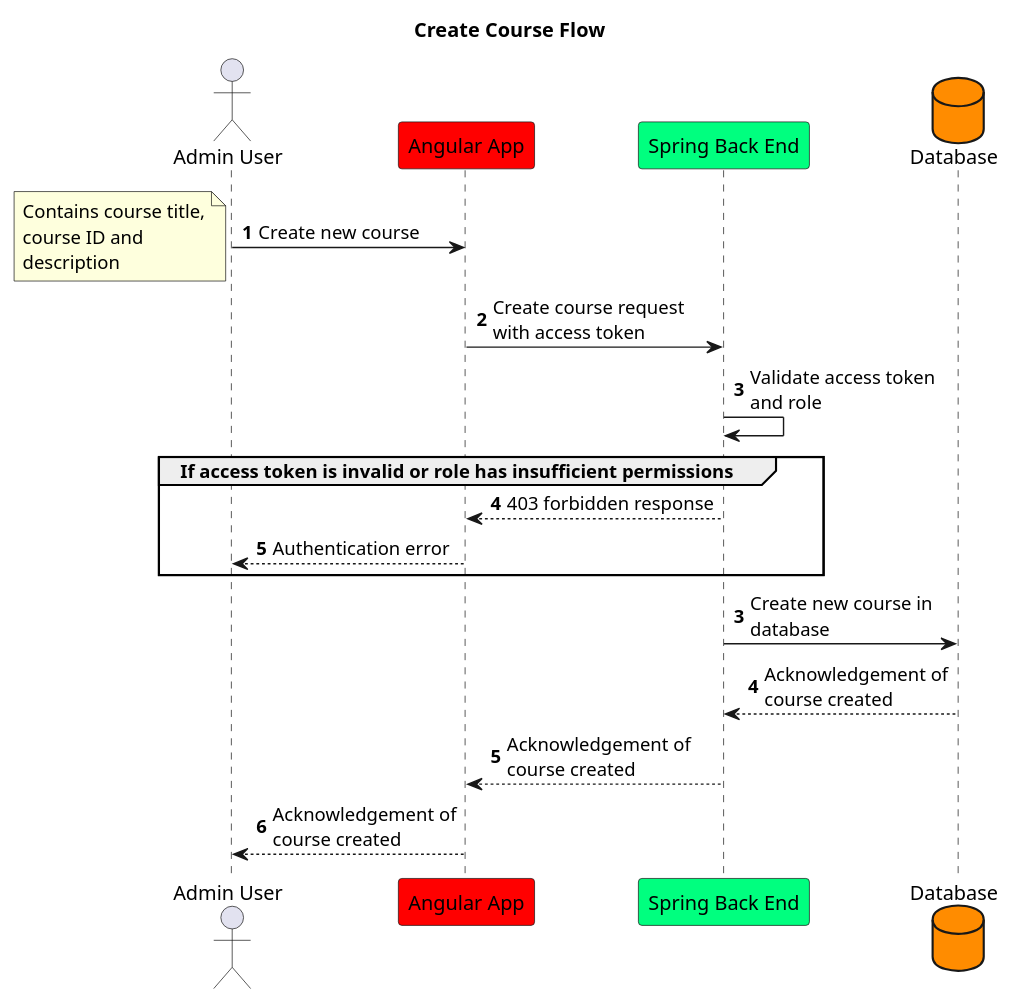
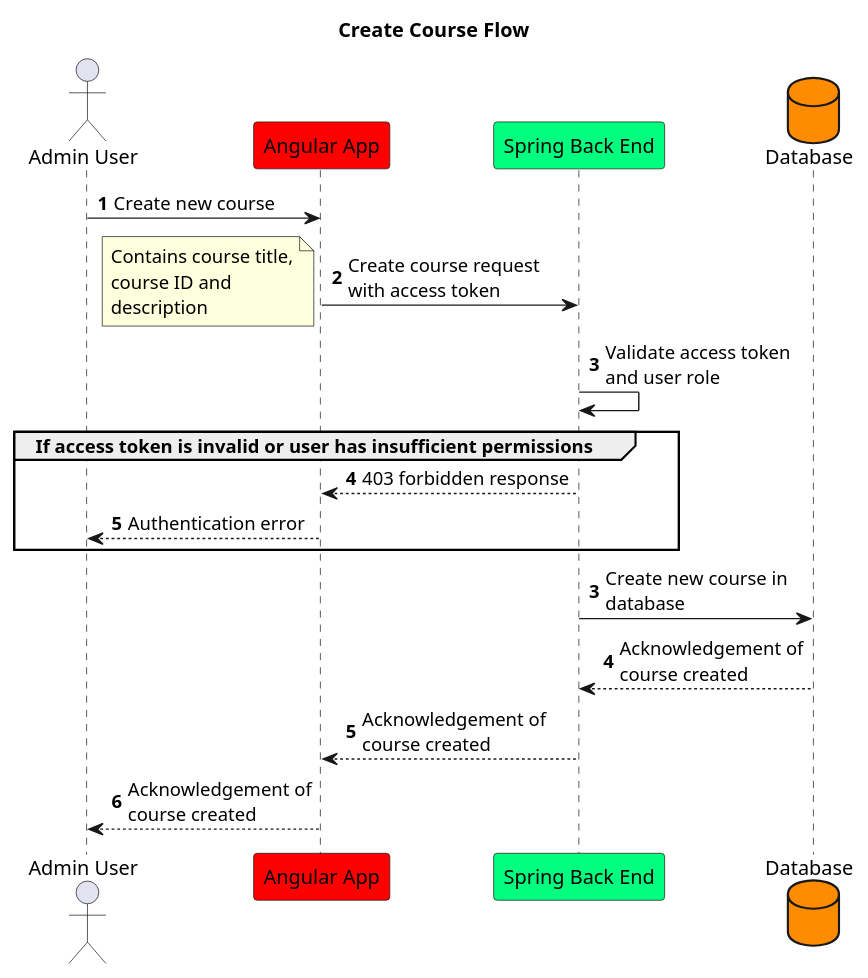
Before and after one commit to lightbulb-lms/documentation: the diagram in source/createCourseOperationSequence.puml, drawn with PlantUML.

Commit message:
Clarify comment

```diff
--- a/source/createCourseOperationSequence.puml
+++ b/source/createCourseOperationSequence.puml
@@ -1,28 +1,28 @@
 @startuml
 autonumber
 skinparam WrapWidth 150
 skinparam MaxMessageSize 150
 
 title Create Course Flow
 actor "Admin User" as user
 participant "Angular App" as app #red
 participant "Spring Back End" as back #springgreen
 database Database as db #darkorange
 
 autonumber
 user -> app: Create new course
+app -> back: Create course request with access token
 note left: Contains course title, course ID and description
-app -> back: Create course request with access token
-back -> back: Validate access token and role
+back -> back: Validate access token and user role
 
-group If access token is invalid or role has insufficient permissions
+group If access token is invalid or user has insufficient permissions
     back --> app: 403 forbidden response
     app --> user: Authentication error
 end
 
 autonumber 3
 back -> db: Create new course in database
 db --> back: Acknowledgement of course created
 back --> app: Acknowledgement of course created
 app --> user: Acknowledgement of course created
 @enduml
```
